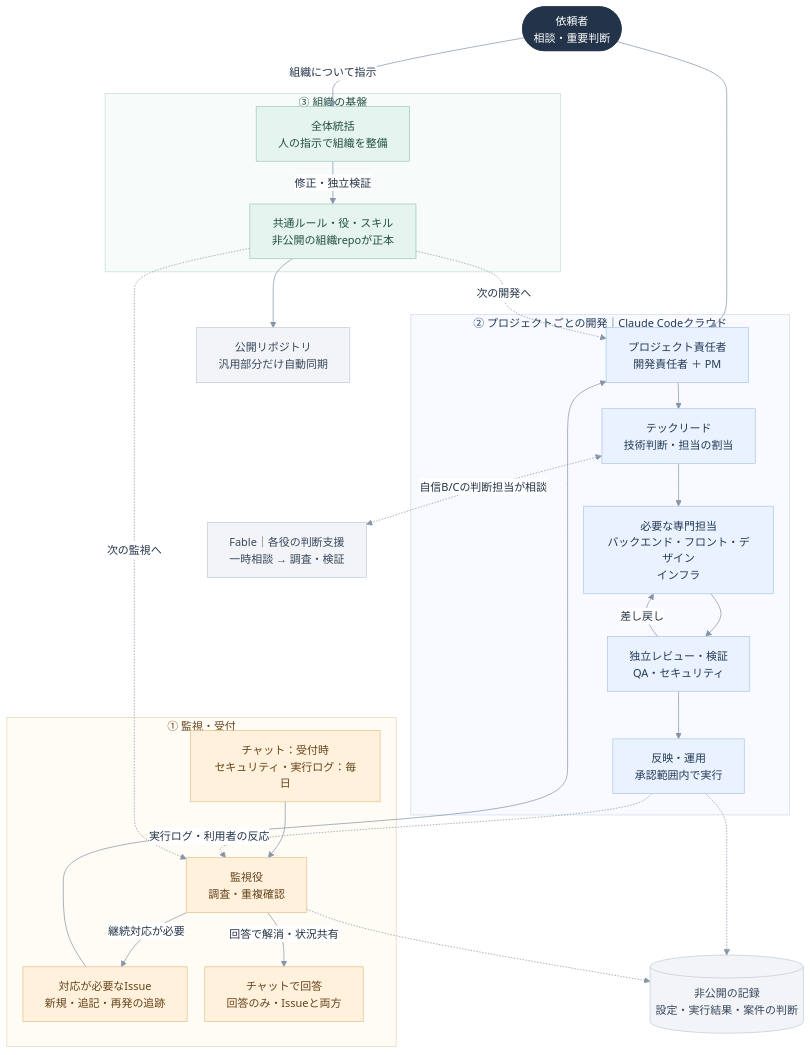
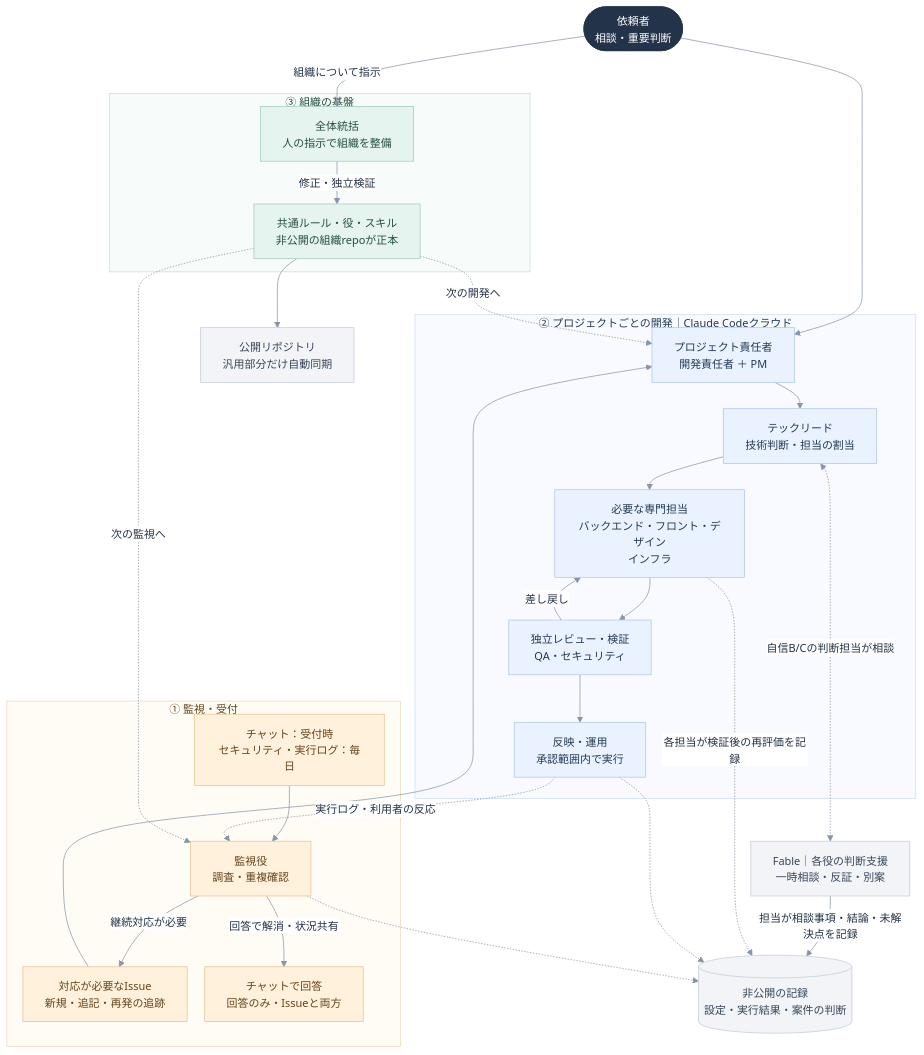
One commit to yufyaj/engineer-org-public changed the diagram in 組織/組織図.md. Above: the diagram before and after it, drawn with Mermaid.

Commit message:
Sync common rules

````diff
--- a/組織/組織図.md
+++ b/組織/組織図.md
@@ -3,59 +3,61 @@
 ```mermaid
 %%{init: {'theme': 'base', 'themeVariables': {'fontFamily': 'sans-serif', 'fontSize': '15px', 'primaryTextColor': '#243247', 'lineColor': '#8795a8', 'edgeLabelBackground': '#ffffff'}, 'flowchart': {'curve': 'basis', 'nodeSpacing': 24, 'rankSpacing': 36}}}%%
 flowchart TB
     USER(["依頼者<br/>相談・重要判断"])
 
     subgraph MONITOR["① 監視・受付"]
         INPUT["チャット：受付時<br/>セキュリティ・実行ログ：毎日"]
         WATCH["監視役<br/>調査・重複確認"]
         ISSUE["対応が必要なIssue<br/>新規・追記・再発の追跡"]
         REPLY["チャットで回答<br/>回答のみ・Issueと両方"]
         INPUT --> WATCH -->|継続対応が必要| ISSUE
         WATCH -->|回答で解消・状況共有| REPLY
     end
 
     subgraph PROJECT["② プロジェクトごとの開発｜Claude Codeクラウド"]
         OWNER["プロジェクト責任者<br/>開発責任者 ＋ PM"]
         TL["テックリード<br/>技術判断・担当の割当"]
         TEAM["必要な専門担当<br/>バックエンド・フロント・デザイン<br/>インフラ"]
         REVIEW["独立レビュー・検証<br/>QA・セキュリティ"]
         RESULT["反映・運用<br/>承認範囲内で実行"]
         OWNER --> TL --> TEAM --> REVIEW --> RESULT
         REVIEW -->|差し戻し| TEAM
     end
 
     subgraph ORG["③ 組織の基盤"]
         LEAD["全体統括<br/>人の指示で組織を整備"]
         RULES["共通ルール・役・スキル<br/>非公開の組織repoが正本"]
         LEAD -->|修正・独立検証| RULES
     end
 
-    FABLE["Fable｜各役の判断支援<br/>一時相談 → 調査・検証"]
+    FABLE["Fable｜各役の判断支援<br/>一時相談・反証・別案"]
     RECORDS[("非公開の記録<br/>設定・実行結果・案件の判断")]
     PUBLIC["公開リポジトリ<br/>汎用部分だけ自動同期"]
 
     USER --> OWNER
     USER -->|組織について指示| LEAD
     ISSUE --> OWNER
     RESULT -.->|実行ログ・利用者の反応| WATCH
     RULES -.->|次の開発へ| OWNER
     RULES -.->|次の監視へ| WATCH
     TL <-.->|自信B/Cの判断担当が相談| FABLE
+    FABLE -->|担当が相談事項・結論・未解決点を記録| RECORDS
+    TEAM -.->|各担当が検証後の再評価を記録| RECORDS
     RESULT -.-> RECORDS
     WATCH -.-> RECORDS
     RULES --> PUBLIC
 
     classDef person fill:#23334a,color:#ffffff,stroke:#23334a;
     classDef development fill:#eaf2ff,color:#223956,stroke:#aec7eb;
     classDef monitoring fill:#fff1dc,color:#65431c,stroke:#e4c38e;
     classDef improvement fill:#e5f4ef,color:#234f43,stroke:#a0cbb9;
     classDef neutral fill:#f2f4f7,color:#37465b,stroke:#c4ccd7;
     class USER person;
     class OWNER,TL,TEAM,REVIEW,RESULT development;
     class INPUT,WATCH,ISSUE,REPLY monitoring;
     class LEAD,RULES improvement;
     class FABLE,RECORDS,PUBLIC neutral;
     style MONITOR fill:#fffcf6,stroke:#e8d7bb,color:#65431c
     style PROJECT fill:#f8faff,stroke:#cfddf0,color:#223956
     style ORG fill:#f7fcfa,stroke:#c7e0d5,color:#234f43
 ```
````
